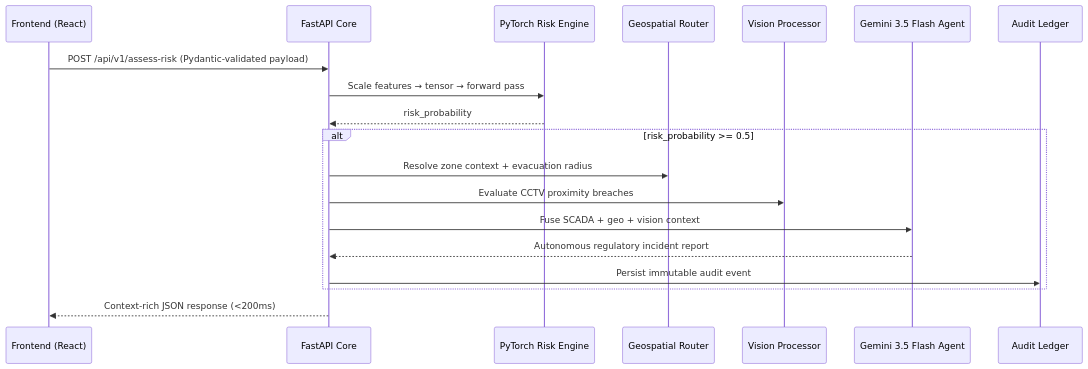
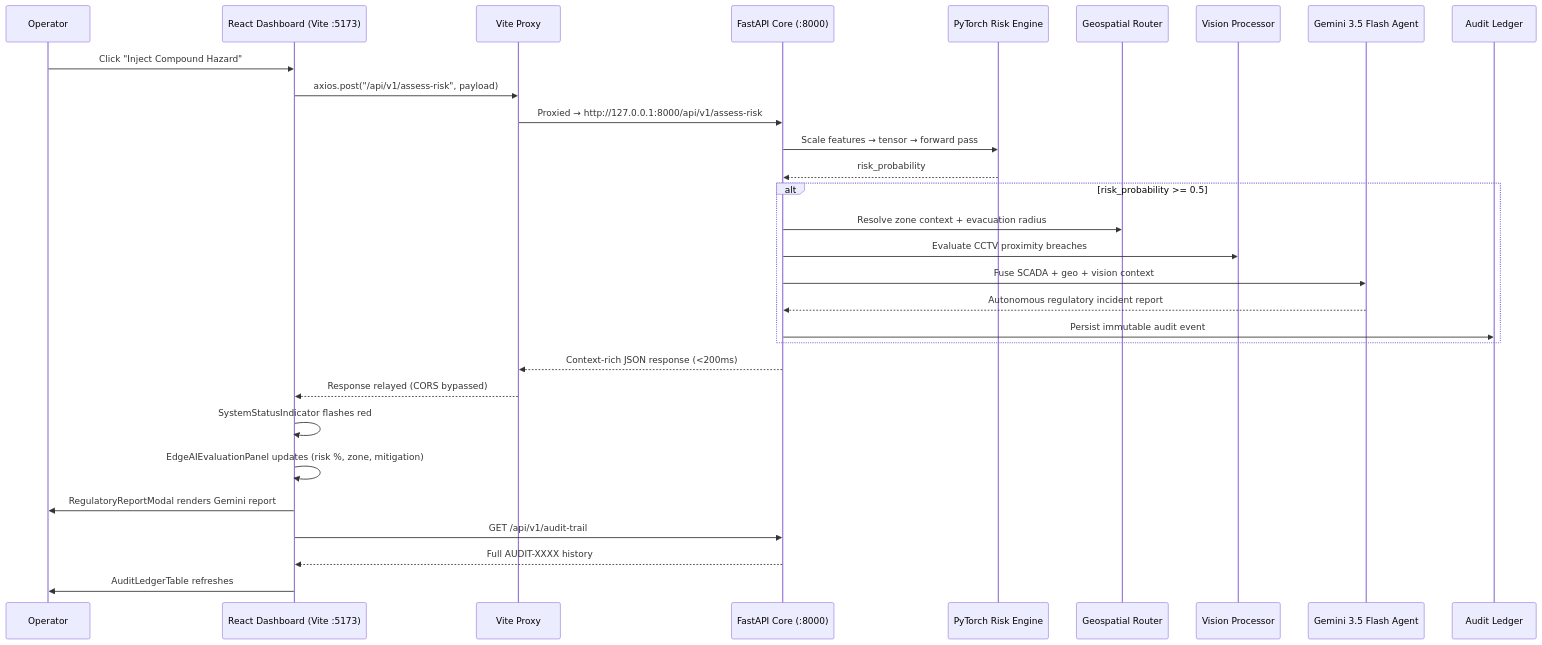
Before and after one commit to kinshuk18/zero-harm-intelligence: the second of 2 diagrams in README.md, drawn with Mermaid. The commit also changed other lines of this file, not shown here.

First line of the commit message:
Update README with new badges and architecture details

````diff
--- a/README.md
+++ b/README.md
@@ -131,22 +203,33 @@
 ```mermaid
 sequenceDiagram
-    participant FE as Frontend (React)
-    participant API as FastAPI Core
+    participant OP as Operator
+    participant FE as React Dashboard (Vite :5173)
+    participant PRX as Vite Proxy
+    participant API as FastAPI Core (:8000)
     participant RE as PyTorch Risk Engine
     participant GEO as Geospatial Router
     participant VIS as Vision Processor
     participant GEN as Gemini 3.5 Flash Agent
     participant LOG as Audit Ledger
 
-    FE->>API: POST /api/v1/assess-risk (Pydantic-validated payload)
+    OP->>FE: Click "Inject Compound Hazard"
+    FE->>PRX: axios.post("/api/v1/assess-risk", payload)
+    PRX->>API: Proxied → http://127.0.0.1:8000/api/v1/assess-risk
     API->>RE: Scale features → tensor → forward pass
     RE-->>API: risk_probability
     alt risk_probability >= 0.5
         API->>GEO: Resolve zone context + evacuation radius
         API->>VIS: Evaluate CCTV proximity breaches
         API->>GEN: Fuse SCADA + geo + vision context
         GEN-->>API: Autonomous regulatory incident report
         API->>LOG: Persist immutable audit event
     end
-    API-->>FE: Context-rich JSON response (<200ms)
+    API-->>PRX: Context-rich JSON response (<200ms)
+    PRX-->>FE: Response relayed (CORS bypassed)
+    FE->>FE: SystemStatusIndicator flashes red
+    FE->>FE: EdgeAIEvaluationPanel updates (risk %, zone, mitigation)
+    FE->>OP: RegulatoryReportModal renders Gemini report
+    FE->>API: GET /api/v1/audit-trail
+    API-->>FE: Full AUDIT-XXXX history
+    FE->>OP: AuditLedgerTable refreshes
 ```
````
